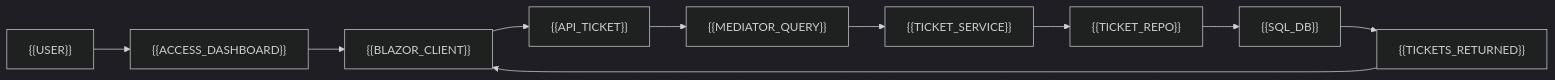
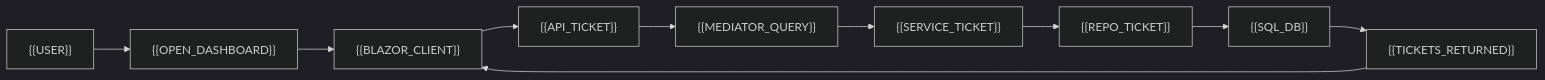
The diagram in Documents/Edition-files/DataFlow/ticket_view.mmd (lchouville/NexaCore), drawn with Mermaid before and after one commit. The commit also changed 148 other files, not shown here.

Commit message:
Add French translations for UI elements, API backend, architecture, database tables, fields, and types; remove outdated French translations; add English translations for new keys; update README with usage instructions.

```diff
--- a/Documents/Edition-files/DataFlow/ticket_view.mmd
+++ b/Documents/Edition-files/DataFlow/ticket_view.mmd
@@ -1,16 +1,30 @@
 ---
 config:
   theme: dark
   look: classic
   layout: flowchart
 ---
 flowchart LR
-    USER["{{USER}}"] --> ACCESS["{{ACCESS_DASHBOARD}}"]
-    ACCESS --> BLAZOR_CLIENT["{{BLAZOR_CLIENT}}"]
-    BLAZOR_CLIENT --> API_TICKET["{{API_TICKET}}"]
-    API_TICKET --> MEDIATOR["{{MEDIATOR_QUERY}}"]
-    MEDIATOR --> TICKET_SERVICE["{{TICKET_SERVICE}}"]
-    TICKET_SERVICE --> TICKET_REPO["{{TICKET_REPO}}"]
-    TICKET_REPO --> SQL_DB["{{SQL_DB}}"]
-    SQL_DB --> RESULT["{{TICKETS_RETURNED}}"]
+
+%% Nodes definition
+    USER["{{USER}}"] 
+    ACCESS["{{OPEN_DASHBOARD}}"]
+    BLAZOR_CLIENT["{{BLAZOR_CLIENT}}"]
+    API_TICKET["{{API_TICKET}}"]
+    MEDIATOR["{{MEDIATOR_QUERY}}"]
+    SERVICE_TICKET["{{SERVICE_TICKET}}"]
+    REPO_TICKET["{{REPO_TICKET}}"]
+    SQL_DB["{{SQL_DB}}"]
+    RESULT["{{TICKETS_RETURNED}}"]
+    BLAZOR_CLIENT
+
+%% Flow definition
+    USER --> ACCESS
+    ACCESS --> BLAZOR_CLIENT
+    BLAZOR_CLIENT --> API_TICKET
+    API_TICKET --> MEDIATOR
+    MEDIATOR --> SERVICE_TICKET
+    SERVICE_TICKET --> REPO_TICKET
+    REPO_TICKET --> SQL_DB
+    SQL_DB --> RESULT
     RESULT --> BLAZOR_CLIENT
```
